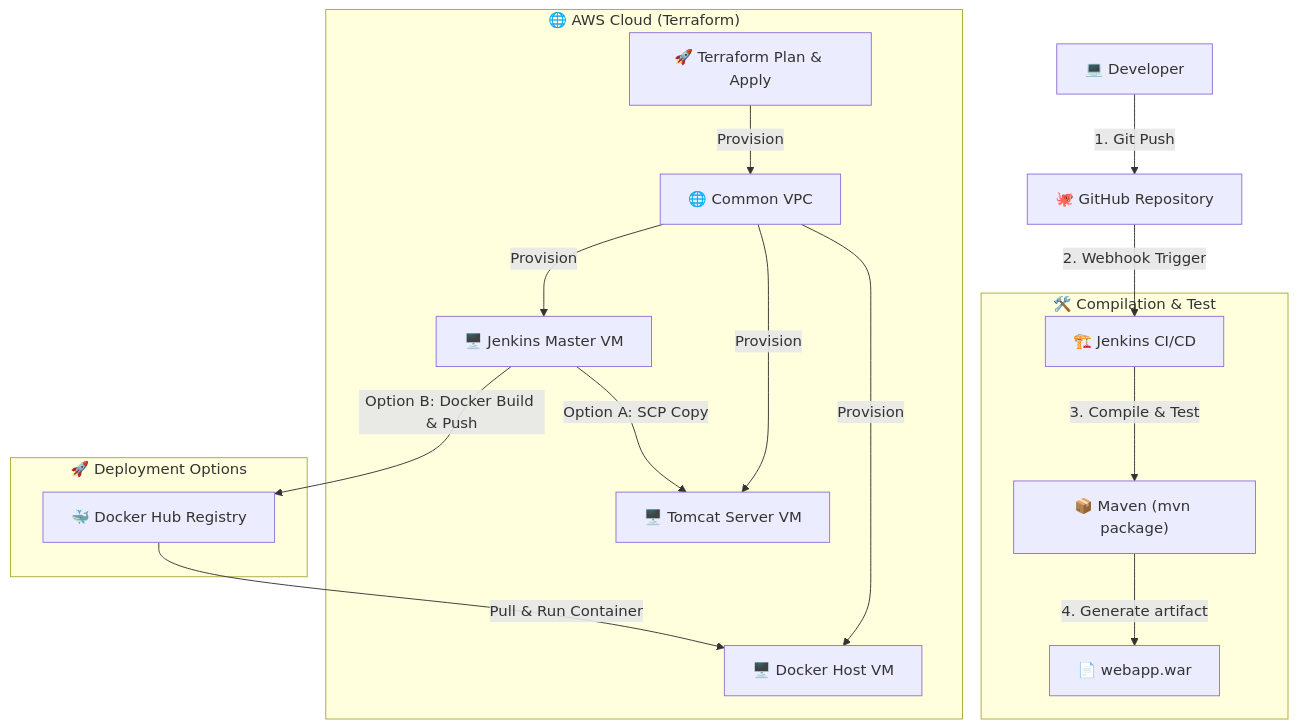
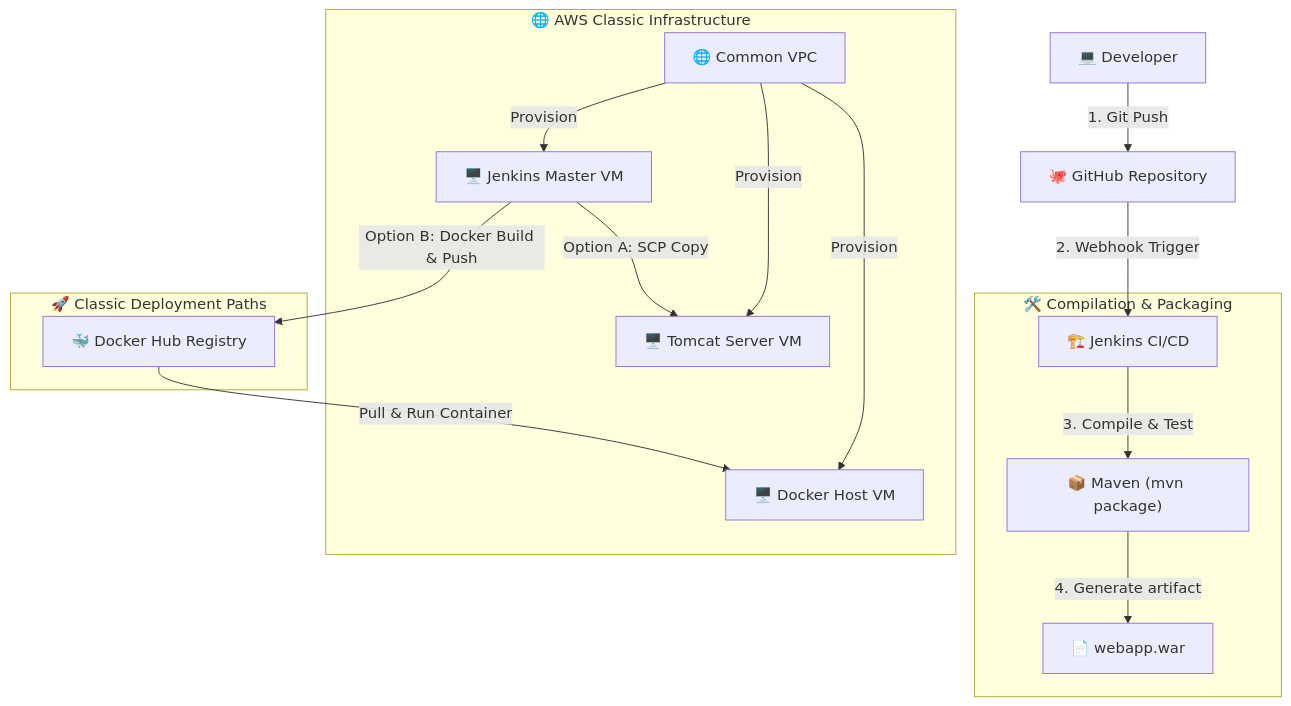
One commit to Andreichenko/cdp_project changed the first of 2 diagrams in README.md. Above: the diagram before and after it, drawn with Mermaid. The commit also changed other lines of this file, not shown here.

Commit message:
Docs: Refactor README into two distinct pipelines (Classic and Kubernetes)

````diff
--- a/README.md
+++ b/README.md
@@ -17,23 +17,23 @@
 ```mermaid
 graph TD
     Developer["💻 Developer"] -->|1. Git Push| GitHub["🐙 GitHub Repository"]
     GitHub -->|2. Webhook Trigger| Jenkins["🏗️ Jenkins CI/CD"]
     
-    subgraph Build_Stage ["🛠️ Compilation & Test"]
+    subgraph Build_Stage ["🛠️ Compilation & Packaging"]
         Jenkins -->|3. Compile & Test| Maven["📦 Maven (mvn package)"]
         Maven -->|4. Generate artifact| War["📄 webapp.war"]
     end
 
-    subgraph AWS_Infrastructure ["🌐 AWS Cloud (Terraform)"]
-        TF["🚀 Terraform Plan & Apply"] -->|Provision| VPC["🌐 Common VPC"]
+    subgraph AWS_Classic_Infra ["🌐 AWS Classic Infrastructure"]
+        VPC["🌐 Common VPC"]
         VPC -->|Provision| JenkinsVM["🖥️ Jenkins Master VM"]
         VPC -->|Provision| TomcatVM["🖥️ Tomcat Server VM"]
         VPC -->|Provision| DockerVM["🖥️ Docker Host VM"]
     end
 
-    subgraph Deploy_Stage ["🚀 Deployment Options"]
+    subgraph Classic_Deploy ["🚀 Classic Deployment Paths"]
         JenkinsVM -->|Option A: SCP Copy| TomcatVM
         JenkinsVM -->|Option B: Docker Build & Push| Registry["🐳 Docker Hub Registry"]
         Registry -->|Pull & Run Container| DockerVM
     end
 ```
````
